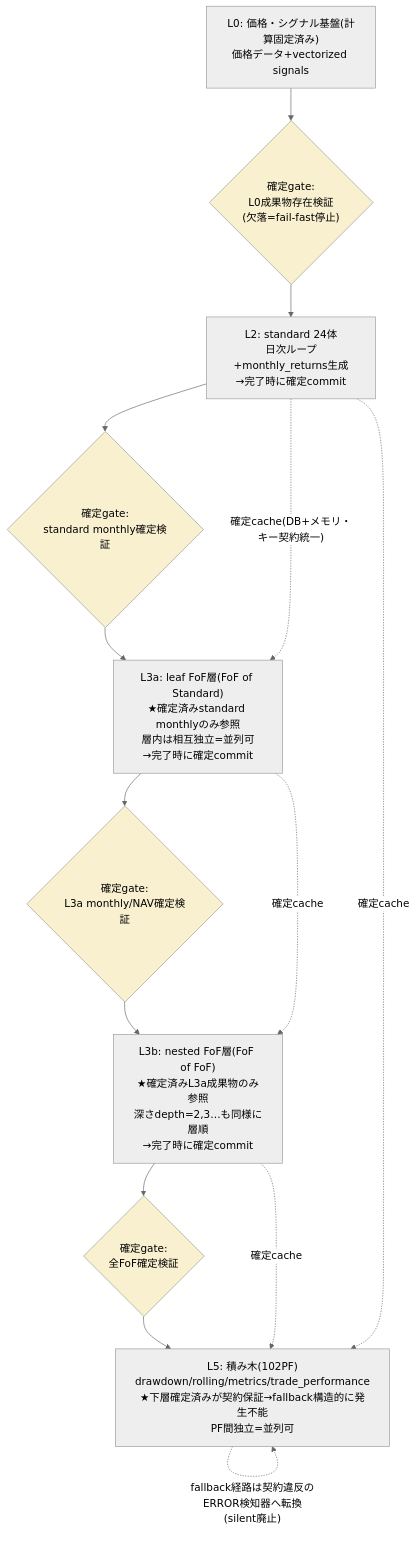
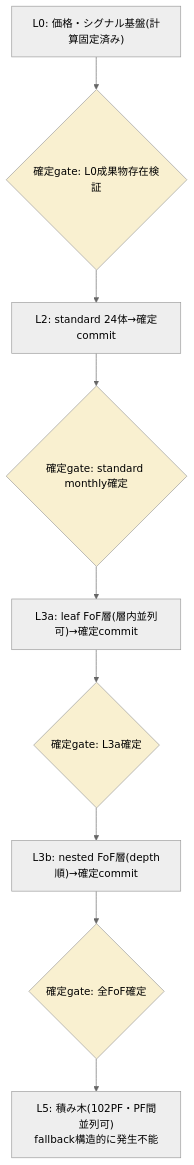
One commit to simokitafresh/multi-agent-shogun changed the second of 2 diagrams in docs/research/dm-production-issues-asis-tobe-5w1h_20260810.md. Above: the diagram before and after it, drawn with Mermaid (neutral theme). The commit also changed other lines of this file, not shown here.

````diff
--- a/docs/research/dm-production-issues-asis-tobe-5w1h_20260810.md
+++ b/docs/research/dm-production-issues-asis-tobe-5w1h_20260810.md
@@ -225,19 +137,12 @@
 ```mermaid
 flowchart TD
-    L0["L0: 価格・シグナル基盤(計算固定済み)<br/>価格データ+vectorized signals"] --> G1{"確定gate:<br/>L0成果物存在検証<br/>(欠落=fail-fast停止)"}
-    G1 --> L2["L2: standard 24体<br/>日次ループ+monthly_returns生成<br/>→完了時に確定commit"] --> G2{"確定gate:<br/>standard monthly確定検証"}
-    G2 --> L3A["L3a: leaf FoF層(FoF of Standard)<br/>★確定済みstandard monthlyのみ参照<br/>層内は相互独立=並列可<br/>→完了時に確定commit"] --> G3{"確定gate:<br/>L3a monthly/NAV確定検証"}
-    G3 --> L3B["L3b: nested FoF層(FoF of FoF)<br/>★確定済みL3a成果物のみ参照<br/>深さdepth=2,3…も同様に層順<br/>→完了時に確定commit"] --> G4{"確定gate:<br/>全FoF確定検証"}
-    G4 --> L5["L5: 積み木(102PF)<br/>drawdown/rolling/metrics/trade_performance<br/>★下層確定済みが契約保証→fallback構造的に発生不能<br/>PF間独立=並列可"]
-
-    L5 -.->|"fallback経路は契約違反の<br/>ERROR検知器へ転換(silent廃止)"| L5
-    L2 -.->|"確定cache(DB+メモリ・キー契約統一)"| L3A
-    L3A -.->|"確定cache"| L3B
-    L3B -.->|"確定cache"| L5
-    L2 -.->|"確定cache"| L5
-
+    L0["L0: 価格・シグナル基盤(計算固定済み)"] --> G1{"確定gate: L0成果物存在検証"}
+    G1 --> L2["L2: standard 24体→確定commit"] --> G2{"確定gate: standard monthly確定"}
+    G2 --> L3A["L3a: leaf FoF層(層内並列可)→確定commit"] --> G3{"確定gate: L3a確定"}
+    G3 --> L3B["L3b: nested FoF層(depth順)→確定commit"] --> G4{"確定gate: 全FoF確定"}
+    G4 --> L5["L5: 積み木(102PF・PF間並列可)<br/>fallback構造的に発生不能"]
     style G1 fill:#f9f0d0
     style G2 fill:#f9f0d0
     style G3 fill:#f9f0d0
     style G4 fill:#f9f0d0
 ```
````
